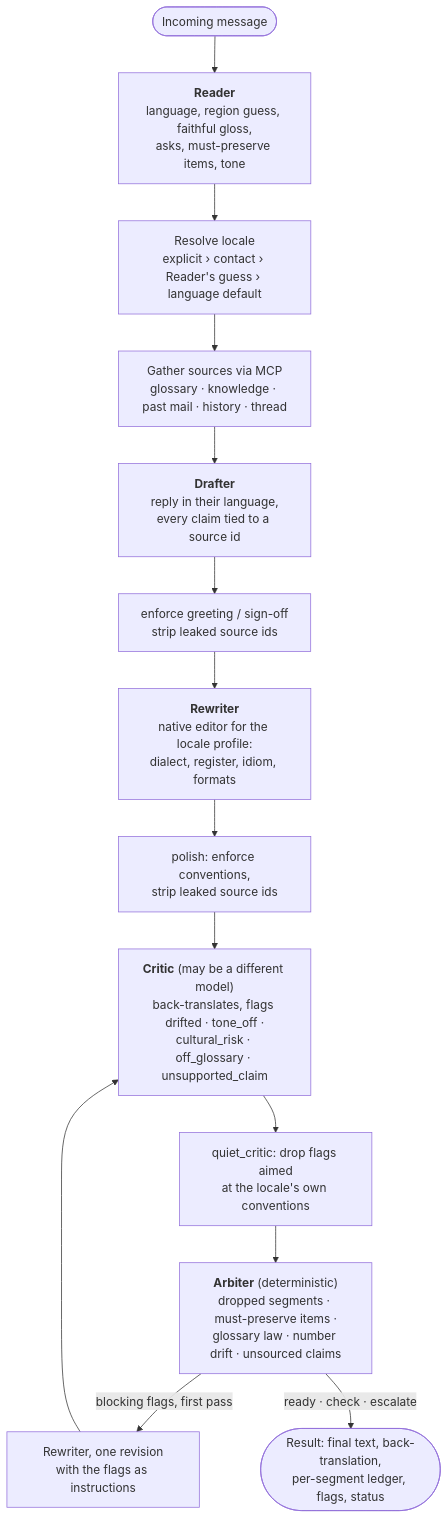
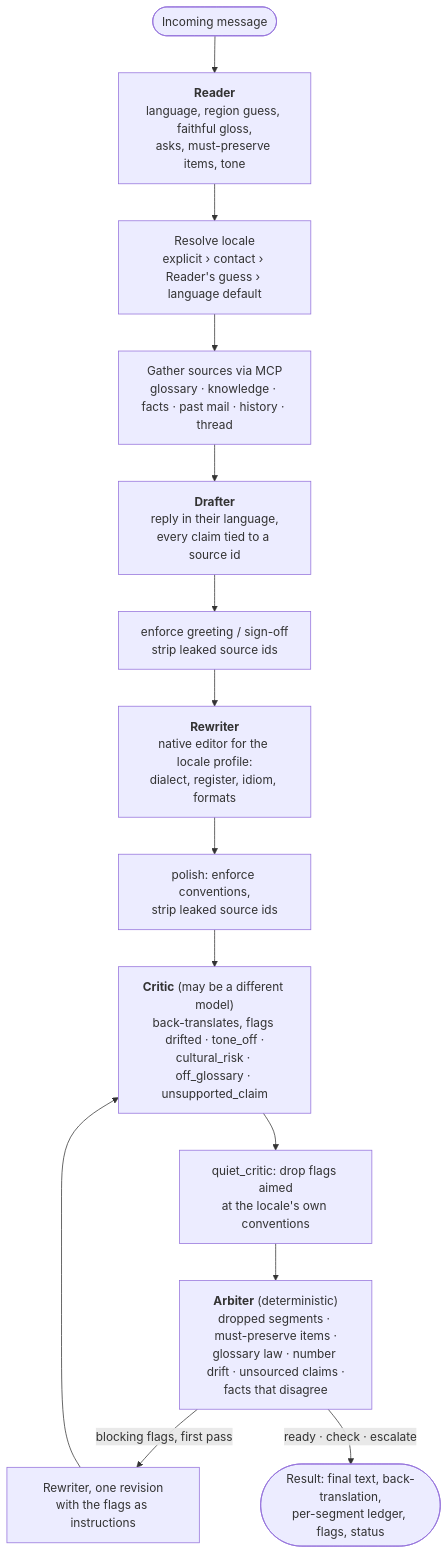
The second of 4 diagrams in docs/ARCHITECTURE.md (Saltef/Localect), drawn with Mermaid before and after one commit. The commit also changed other lines of this file and 38 other files, not shown here.

````diff
--- a/docs/ARCHITECTURE.md
+++ b/docs/ARCHITECTURE.md
@@ -77,26 +77,26 @@
 ```mermaid
 flowchart TB
     IN([Incoming message]) --> R
 
     R["<b>Reader</b><br/>language, region guess, faithful gloss,<br/>asks, must-preserve items, tone"]
     R --> LOC["Resolve locale<br/>explicit › contact › Reader's guess › language default"]
-    LOC --> SRC["Gather sources via MCP<br/>glossary · knowledge · past mail · history · thread"]
+    LOC --> SRC["Gather sources via MCP<br/>glossary · knowledge · facts · past mail · history · thread"]
     SRC --> D
 
     D["<b>Drafter</b><br/>reply in their language,<br/>every claim tied to a source id"]
     D --> E1["enforce greeting / sign-off<br/>strip leaked source ids"]
     E1 --> RW
 
     RW["<b>Rewriter</b><br/>native editor for the locale profile:<br/>dialect, register, idiom, formats"]
     RW --> E2["polish: enforce conventions,<br/>strip leaked source ids"]
     E2 --> C
 
     C["<b>Critic</b> (may be a different model)<br/>back-translates, flags drifted · tone_off ·<br/>cultural_risk · off_glossary · unsupported_claim"]
     C --> QC["quiet_critic: drop flags aimed<br/>at the locale's own conventions"]
     QC --> A
 
-    A["<b>Arbiter</b> (deterministic)<br/>dropped segments · must-preserve items ·<br/>glossary law · number drift · unsourced claims"]
+    A["<b>Arbiter</b> (deterministic)<br/>dropped segments · must-preserve items ·<br/>glossary law · number drift · unsourced claims ·<br/>facts that disagree"]
     A -->|blocking flags, first pass| RW2["Rewriter, one revision<br/>with the flags as instructions"]
     RW2 --> C
     A -->|"ready · check · escalate"| OUT([Result: final text, back-translation,<br/>per-segment ledger, flags, status])
 ```
````
